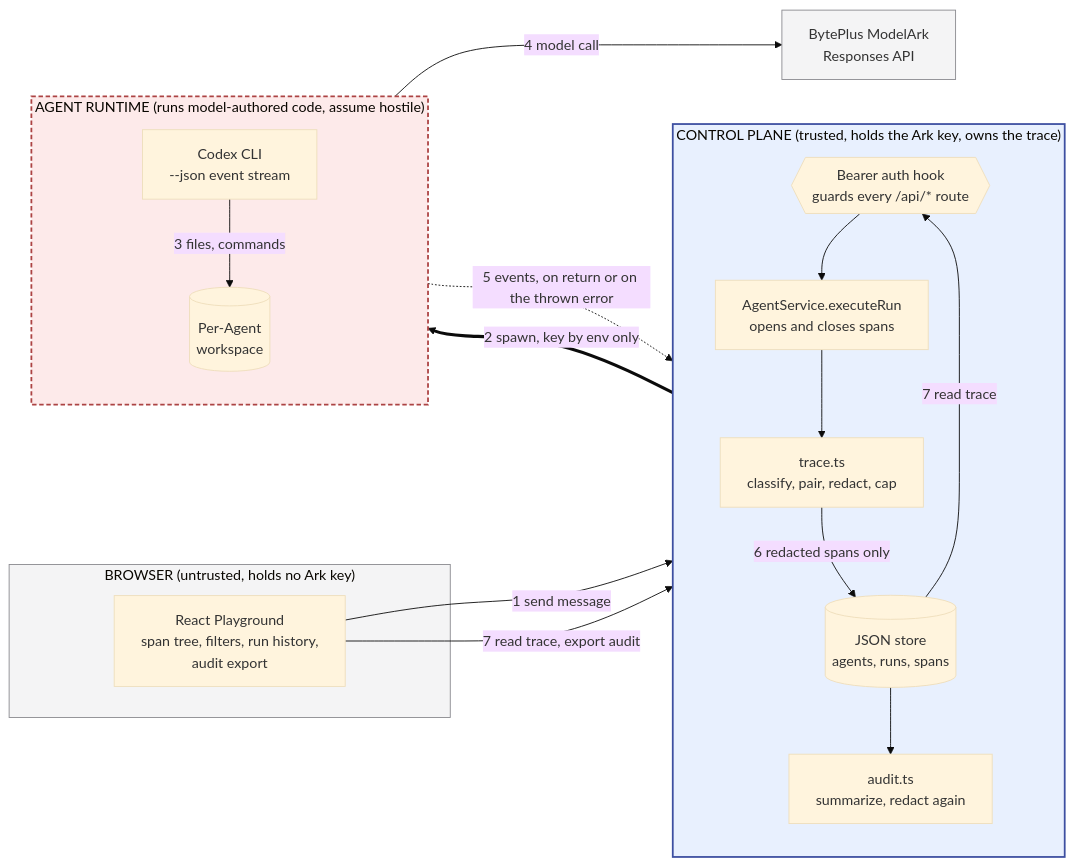
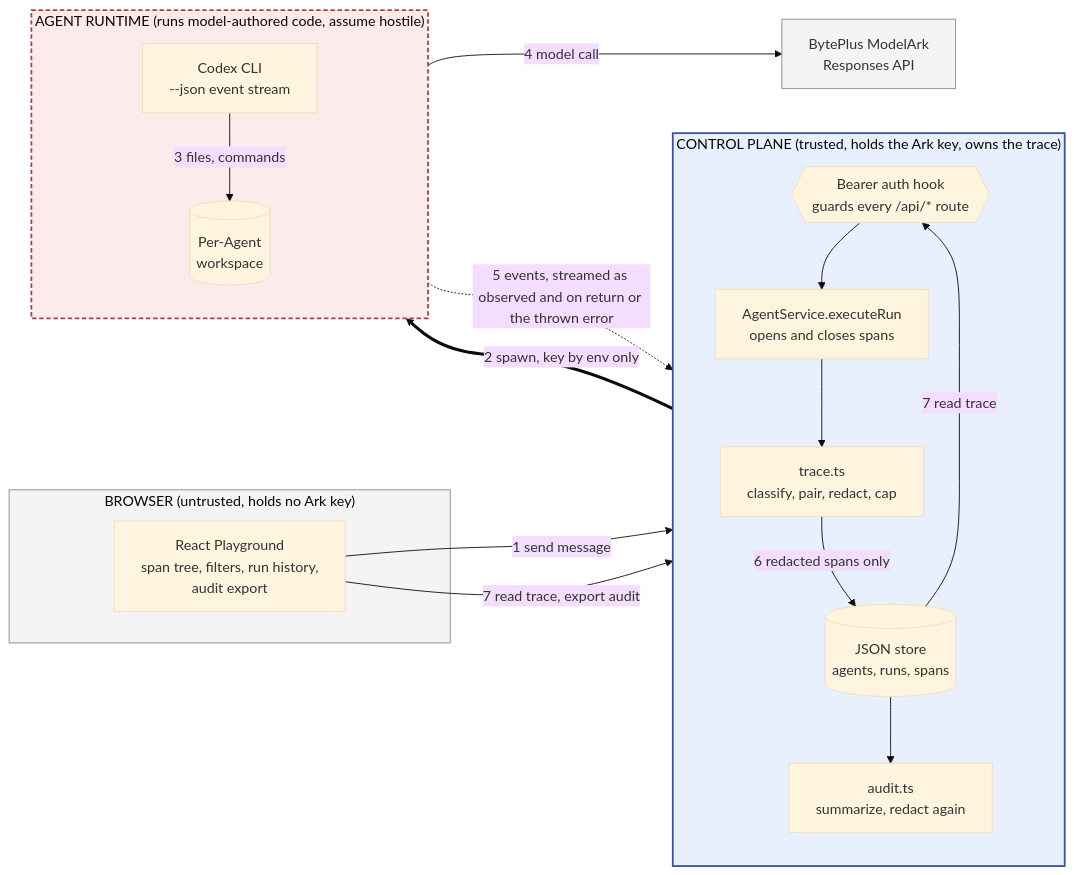
Before and after one commit to gaoze24/agentlens: the diagram in docs/ONE_PAGE_ARCHITECTURE.md, drawn with Mermaid (base theme). The commit also changed other lines of this file and 6 other files, not shown here.

````diff
--- a/docs/ONE_PAGE_ARCHITECTURE.md
+++ b/docs/ONE_PAGE_ARCHITECTURE.md
@@ -7,42 +9,42 @@
 ```mermaid
 flowchart LR
     subgraph browser["BROWSER (untrusted, holds no Ark key)"]
         UI["React Playground<br/>span tree, filters, run history,<br/>audit export"]
     end
 
     subgraph plane["CONTROL PLANE (trusted, holds the Ark key, owns the trace)"]
         direction TB
         Auth{{"Bearer auth hook<br/>guards every /api/* route"}}
         Svc["AgentService.executeRun<br/>opens and closes spans"]
         Trace["trace.ts<br/>classify, pair, redact, cap"]
         Audit["audit.ts<br/>summarize, redact again"]
         Store[("JSON store<br/>agents, runs, spans")]
         Auth --> Svc
         Svc --> Trace
         Trace -->|"6 redacted spans only"| Store
         Store -->|"7 read trace"| Auth
         Store --> Audit
     end
 
     subgraph rt["AGENT RUNTIME (runs model-authored code, assume hostile)"]
         direction TB
         Codex["Codex CLI<br/>--json event stream"]
         WS[("Per-Agent<br/>workspace")]
         Codex -->|"3 files, commands"| WS
     end
 
     Ark["BytePlus ModelArk<br/>Responses API"]
 
     UI -->|"1 send message"| Auth
     UI -->|"7 read trace, export audit"| Auth
     Svc ==>|"2 spawn, key by env only"| Codex
-    Codex -.->|"5 events, on return or on the thrown error"| Svc
+    Codex -.->|"5 events, streamed as observed and on return or the thrown error"| Svc
     Codex -->|"4 model call"| Ark
 
     classDef trusted fill:#e8f0fe,stroke:#3d4fa1,stroke-width:2px
     classDef hostile fill:#fdeaea,stroke:#ac4343,stroke-width:2px,stroke-dasharray:5 3
     classDef outside fill:#f4f4f5,stroke:#8a8a8f,stroke-width:1px
     class plane trusted
     class rt hostile
     class browser,Ark outside
 ```
````
